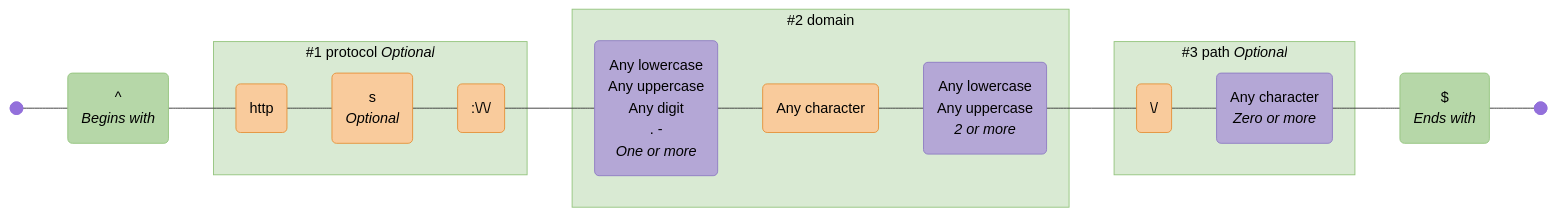
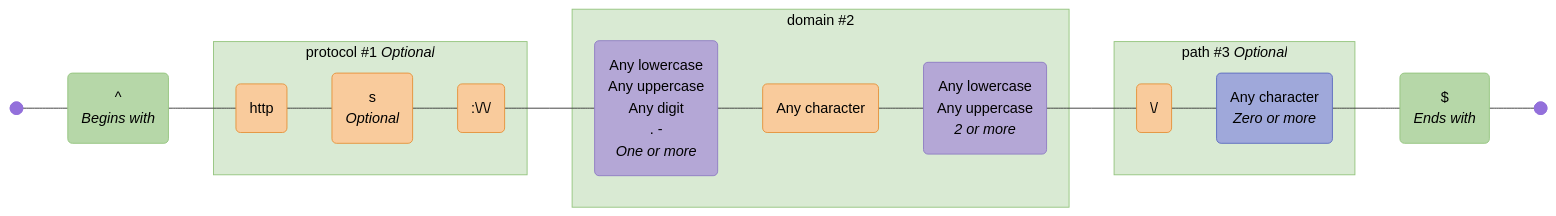
The diagram in diagrams/url.mermaid (tayles/regex-to-mermaid), drawn with Mermaid before and after one commit. The commit also changed 58 other files, not shown here.

```diff
--- a/diagrams/url.mermaid
+++ b/diagrams/url.mermaid
@@ -1,60 +1,61 @@
 graph LR
   accTitle: "Regex: ^(?<protocol>https?:\\/\\/)?(?<domain>[a-zA-Z0-9.-]+\\.[a-zA-Z]{2,})(?<path>\\/.*)?$"
   accDescr: "Generated with regex-to-mermaid@1.1.0"
 
   %% Nodes
   start@{ shape: f-circ };
   fin@{ shape: f-circ };
   assertion_1("^<br><i>Begins with</i>"):::assertion;
   literal_1("http"):::literal;
   literal_2("s<br><i>Optional</i>"):::literal;
   literal_3(":\/\/"):::literal;
   char_class_1("Any lowercase<br>Any uppercase<br>Any digit<br>. -<br><i>One or more</i>"):::char-class;
   literal_4("Any character"):::literal;
   char_class_2("Any lowercase<br>Any uppercase<br><i>2 or more</i>"):::char-class;
   literal_5("\/"):::literal;
-  char_class_3("Any character<br><i>Zero or more</i>"):::char-class;
+  char_set_1("Any character<br><i>Zero or more</i>"):::char-set;
   assertion_2("$<br><i>Ends with</i>"):::assertion;
 
   %% Subgraphs
-  subgraph named_capture_1 ["#1 protocol <i>Optional</i>"]
+  subgraph named_capture_1 ["protocol #1 <i>Optional</i>"]
     literal_1
     literal_2
     literal_3
   end
 
-  subgraph named_capture_2 ["#2 domain"]
+  subgraph named_capture_2 ["domain #2"]
     char_class_1
     literal_4
     char_class_2
   end
 
-  subgraph named_capture_3 ["#3 path <i>Optional</i>"]
+  subgraph named_capture_3 ["path #3 <i>Optional</i>"]
     literal_5
-    char_class_3
+    char_set_1
   end
 
   %% Edges
   start --- assertion_1;
   assertion_1 --- literal_1;
   literal_1 --- literal_2;
   literal_2 --- literal_3;
   literal_3 --- char_class_1;
   char_class_1 --- literal_4;
   literal_4 --- char_class_2;
   char_class_2 --- literal_5;
-  literal_5 --- char_class_3;
-  char_class_3 --- assertion_2;
+  literal_5 --- char_set_1;
+  char_set_1 --- assertion_2;
   assertion_2 --- fin;
 
   %% Styles
   %% Node Styling
   classDef assertion fill:#B6D7A8,stroke:#93C47D,color:#000000;
   classDef literal fill:#F9CB9C,stroke:#E69138,color:#000000;
   classDef char-class fill:#B4A7D6,stroke:#8E7CC3,color:#000000;
+  classDef char-set fill:#9FA8DA,stroke:#5C6BC0,color:#000000;
 
   %% Group Styling
   classDef named-capture fill:#D9EAD3,stroke:#93C47D,color:#000000;
 
   %% Apply Group Classes
   class named_capture_1,named_capture_2,named_capture_3 named-capture;
```
